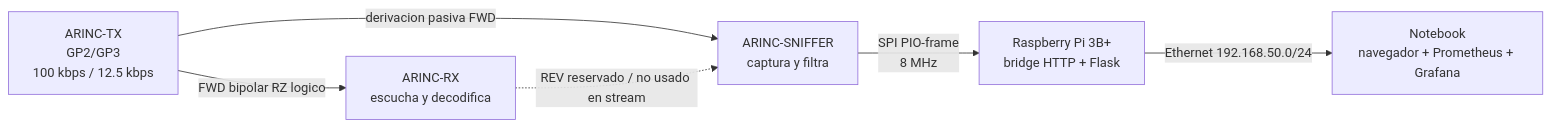
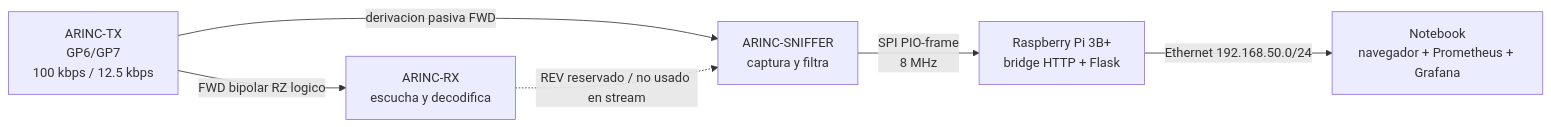
One commit to matiasdiazbenini/ARINC_SPI changed the diagram in docs/diagramas_bloques/README.md. Above: the diagram before and after it, drawn with Mermaid. The commit also changed 27 other files, not shown here.

````diff
--- a/docs/diagramas_bloques/README.md
+++ b/docs/diagramas_bloques/README.md
@@ -39,8 +39,8 @@
 ```mermaid
 flowchart LR
-    TX["ARINC-TX<br/>GP2/GP3<br/>100 kbps / 12.5 kbps"] -->|FWD bipolar RZ logico| RX["ARINC-RX<br/>escucha y decodifica"]
+    TX["ARINC-TX<br/>GP6/GP7<br/>100 kbps / 12.5 kbps"] -->|FWD bipolar RZ logico| RX["ARINC-RX<br/>escucha y decodifica"]
     TX -->|derivacion pasiva FWD| SN["ARINC-SNIFFER<br/>captura y filtra"]
     RX -.->|REV reservado / no usado en stream| SN
     SN -->|SPI PIO-frame<br/>8 MHz| PI["Raspberry Pi 3B+<br/>bridge HTTP + Flask"]
     PI -->|Ethernet 192.168.50.0/24| PC["Notebook<br/>navegador + Prometheus + Grafana"]
 ```
````
